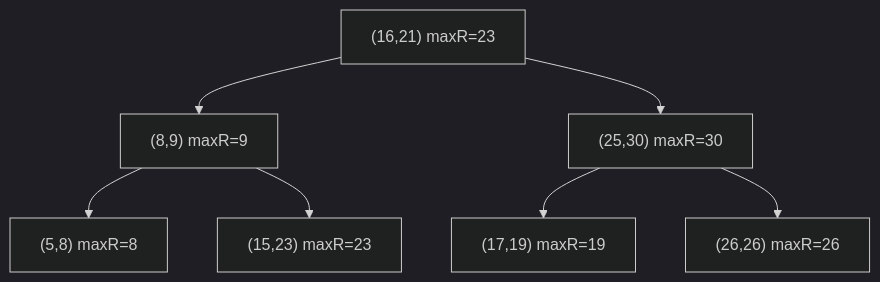
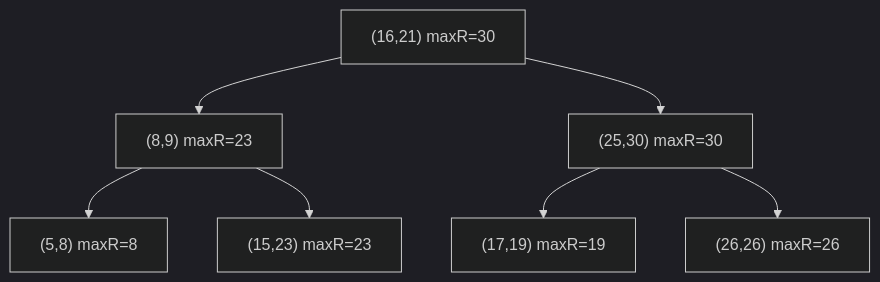
Before and after one commit to xhongduo-tech/xhongduo-tech.github.io: the second of 2 diagrams in docs/cs/interval-tree.md, drawn with Mermaid (dark theme). The commit also changed 4 other files, not shown here.

````diff
--- a/docs/cs/interval-tree.md
+++ b/docs/cs/interval-tree.md
@@ -44,9 +44,9 @@
 ```mermaid
 flowchart TD
-  A["(16,21) maxR=23"] --> B["(8,9) maxR=9"]
+  A["(16,21) maxR=30"] --> B["(8,9) maxR=23"]
   A --> C["(25,30) maxR=30"]
   B --> D["(5,8) maxR=8"]
   B --> E["(15,23) maxR=23"]
   C --> F["(17,19) maxR=19"]
   C --> G["(26,26) maxR=26"]
 ```
````
